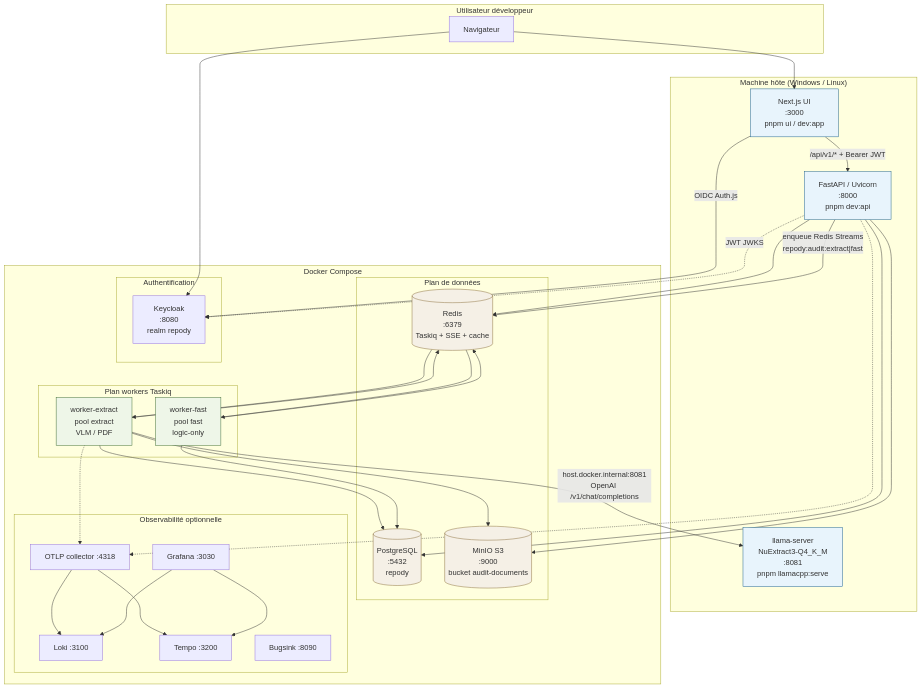
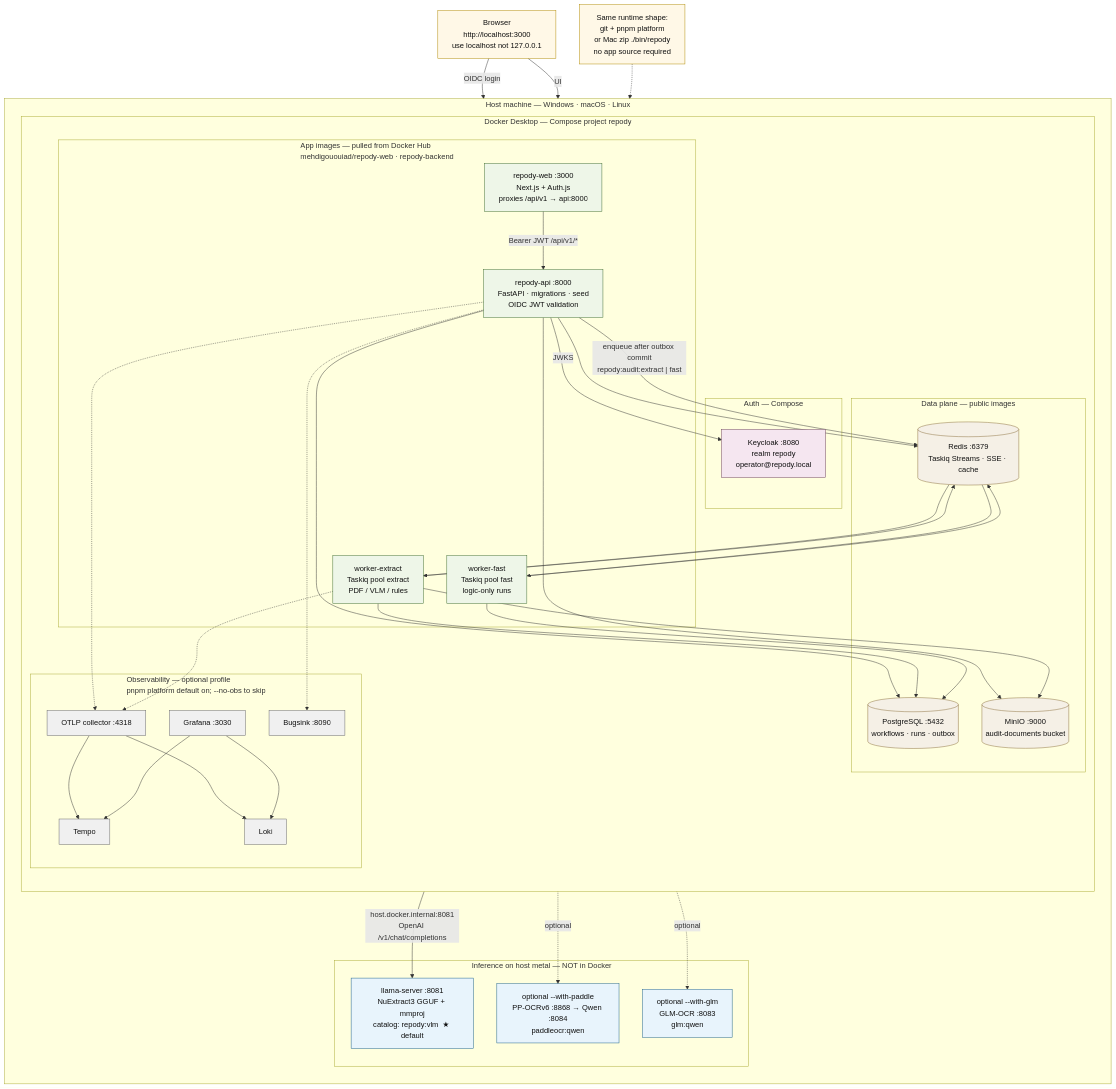
The diagram in docs/diagrams/architecture-locale.mmd (MehdiGououiad/repody), drawn with Mermaid before and after one commit. The commit also changed 100 other files, not shown here.

First line of the commit message:
docs: consolidate guides, add Mac runtime kit and architecture dossier

```diff
--- a/docs/diagrams/architecture-locale.mmd
+++ b/docs/diagrams/architecture-locale.mmd
@@ -1,70 +1,97 @@
-%% Architecture locale Repody — Docker Compose + processus hôte
-%% Éditable : Mermaid flowchart
-%% Doc : docs/deploy/LOCAL.md · CONTEXT.md
+%% Repody — Local development architecture
+%% Default path: Hub images in Docker Compose + host NuExtract (llama-server)
+%% Docs: docs/LOCAL.md · CONTEXT.md
+%% Commands: pnpm platform  |  Mac no-source: ./bin/repody start
 
 flowchart TB
-  subgraph Utilisateur["Utilisateur développeur"]
-    Dev["Navigateur"]
-  end
+  %% ── Actors ──────────────────────────────────────────────
+  Browser["Browser<br/>http://localhost:3000<br/>use localhost not 127.0.0.1"]
 
-  subgraph Hote["Machine hôte (Windows / Linux)"]
-    UI["Next.js UI<br/>:3000<br/>pnpm ui / dev:app"]
-    API["FastAPI / Uvicorn<br/>:8000<br/>pnpm dev:api"]
-    Llama["llama-server<br/>NuExtract3-Q4_K_M<br/>:8081<br/>pnpm llamacpp:serve"]
-  end
+  %% ── Host machine ───────────────────────────────────────
+  subgraph Host["Host machine — Windows · macOS · Linux"]
+    direction TB
 
-  subgraph Compose["Docker Compose"]
-    subgraph Data["Plan de données"]
-      PG[("PostgreSQL<br/>:5432<br/>repody")]
-      Redis[("Redis<br/>:6379<br/>Taskiq + SSE + cache")]
-      MinIO[("MinIO S3<br/>:9000<br/>bucket audit-documents")]
+    subgraph HostInf["Inference on host metal — NOT in Docker"]
+      Llama["llama-server :8081<br/>NuExtract3 GGUF + mmproj<br/>catalog: repody:vlm  ★ default"]
+      OptPaddle["optional --with-paddle<br/>PP-OCRv6 :8868 → Qwen :8084<br/>paddleocr:qwen"]
+      OptGlm["optional --with-glm<br/>GLM-OCR :8083<br/>glm:qwen"]
     end
 
-    subgraph Auth["Authentification"]
-      KC["Keycloak<br/>:8080<br/>realm repody"]
-    end
+    subgraph Docker["Docker Desktop — Compose project repody"]
+      direction TB
 
-    subgraph Workers["Plan workers Taskiq"]
-      WX["worker-extract<br/>pool extract<br/>VLM / PDF"]
-      WF["worker-fast<br/>pool fast<br/>logic-only"]
-    end
+      subgraph Edge["App images — pulled from Docker Hub<br/>mehdigououiad/repody-web · repody-backend"]
+        Web["repody-web :3000<br/>Next.js + Auth.js<br/>proxies /api/v1 → api:8000"]
+        API["repody-api :8000<br/>FastAPI · migrations · seed<br/>OIDC JWT validation"]
+        WX["worker-extract<br/>Taskiq pool extract<br/>PDF / VLM / rules"]
+        WF["worker-fast<br/>Taskiq pool fast<br/>logic-only runs"]
+      end
 
-    subgraph Obs["Observabilité optionnelle"]
-      Graf["Grafana :3030"]
-      Loki["Loki :3100"]
-      Tempo["Tempo :3200"]
-      OTEL["OTLP collector :4318"]
-      Bug["Bugsink :8090"]
+      subgraph Data["Data plane — public images"]
+        PG[("PostgreSQL :5432<br/>workflows · runs · outbox")]
+        Redis[("Redis :6379<br/>Taskiq Streams · SSE · cache")]
+        MinIO[("MinIO :9000<br/>audit-documents bucket")]
+      end
+
+      subgraph Auth["Auth — Compose"]
+        KC["Keycloak :8080<br/>realm repody<br/>operator@repody.local"]
+      end
+
+      subgraph Obs["Observability — optional profile<br/>pnpm platform default on; --no-obs to skip"]
+        Graf["Grafana :3030"]
+        Loki["Loki"]
+        Tempo["Tempo"]
+        OTEL["OTLP collector :4318"]
+        Bug["Bugsink :8090"]
+      end
     end
   end
 
-  Dev --> UI
-  Dev --> KC
-  UI -->|"/api/v1/* + Bearer JWT"| API
-  UI -->|"OIDC Auth.js"| KC
+  %% ── Delivery variants (same runtime shape) ─────────────
+  Pack["Same runtime shape:<br/>git + pnpm platform<br/>or Mac zip ./bin/repody<br/>no app source required"]
+
+  %% ── Traffic ────────────────────────────────────────────
+  Browser -->|"OIDC login"| KC
+  Browser -->|"UI"| Web
+  Pack -.-> Web
+  Web -->|"Bearer JWT /api/v1/*"| API
+  API -->|"JWKS"| KC
+
   API --> PG
   API --> Redis
   API --> MinIO
-  API -->|"enqueue Redis Streams<br/>repody:audit:extract|fast"| Redis
+  API -->|"enqueue after outbox commit<br/>repody:audit:extract | fast"| Redis
+
   Redis --> WX
   Redis --> WF
   WX --> PG
   WX --> Redis
   WX --> MinIO
-  WX -->|"host.docker.internal:8081<br/>OpenAI /v1/chat/completions"| Llama
   WF --> PG
   WF --> Redis
-  API -.->|"JWT JWKS"| KC
+
+  WX -->|"host.docker.internal:8081<br/>OpenAI /v1/chat/completions"| Llama
+  WX -.->|"optional"| OptPaddle
+  WX -.->|"optional"| OptGlm
+
   API -.-> OTEL
   WX -.-> OTEL
   OTEL --> Tempo
   OTEL --> Loki
   Graf --> Loki
   Graf --> Tempo
+  API -.-> Bug
 
-  classDef host fill:#e8f4fc,stroke:#1a5f8a
-  classDef data fill:#f5f0e6,stroke:#8a6d3b
-  classDef work fill:#eef6e8,stroke:#3d6b2f
-  class UI,API,Llama host
+  classDef browser fill:#fff8e7,stroke:#b08900,color:#111
+  classDef hostInf fill:#e8f4fc,stroke:#1a5f8a,color:#111
+  classDef app fill:#eef6e8,stroke:#3d6b2f,color:#111
+  classDef data fill:#f5f0e6,stroke:#8a6d3b,color:#111
+  classDef auth fill:#f5e6f0,stroke:#6b3d5a,color:#111
+  classDef obs fill:#f0f0f0,stroke:#666,color:#111
+  class Browser browser
+  class Llama,OptPaddle,OptGlm hostInf
+  class Web,API,WX,WF app
   class PG,Redis,MinIO data
-  class WX,WF work
+  class KC auth
+  class Graf,Loki,Tempo,OTEL,Bug obs
+  class Pack browser
```
